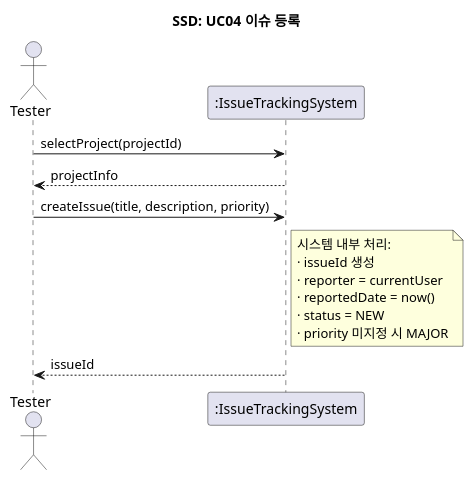
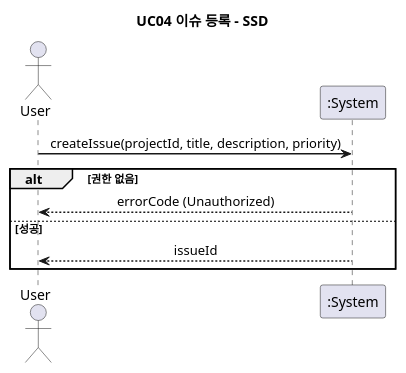
One commit to SoftwareEngineeringTeam10/SE-IssueTrackingSystem changed the diagram in docs/analysis/ssd/ssd_uc04_register_issue.puml. Above: the diagram before and after it, drawn with PlantUML. The commit also changed 19 other files, not shown here.

Commit message:
docs: 다이어그램 analysis/design 구조 정리 + 외부툴·미완성 표현 정리

```diff
--- a/docs/analysis/ssd/ssd_uc04_register_issue.puml
+++ b/docs/analysis/ssd/ssd_uc04_register_issue.puml
@@ -1,21 +1,18 @@
-@startuml SSD_UC04_RegisterIssue
-title SSD: UC04 이슈 등록
+@startuml
+skinparam sequenceArrowThickness 1.5
+skinparam sequenceMessageAlign center
 
-actor Tester as t
-participant ":IssueTrackingSystem" as sys
+actor "User" as U
+participant ":System" as S
 
-t -> sys : selectProject(projectId)
-sys --> t : projectInfo
+title UC04 이슈 등록 - SSD
 
-t -> sys : createIssue(title, description, priority)
-note right of sys
-  시스템 내부 처리:
-  · issueId 생성
-  · reporter = currentUser
-  · reportedDate = now()
-  · status = NEW
-  · priority 미지정 시 MAJOR
-end note
-sys --> t : issueId
+U -> S : createIssue(projectId, title, description, priority)
+
+alt 권한 없음
+  S --> U : errorCode (Unauthorized)
+else 성공
+  S --> U : issueId
+end
 
 @enduml
```
